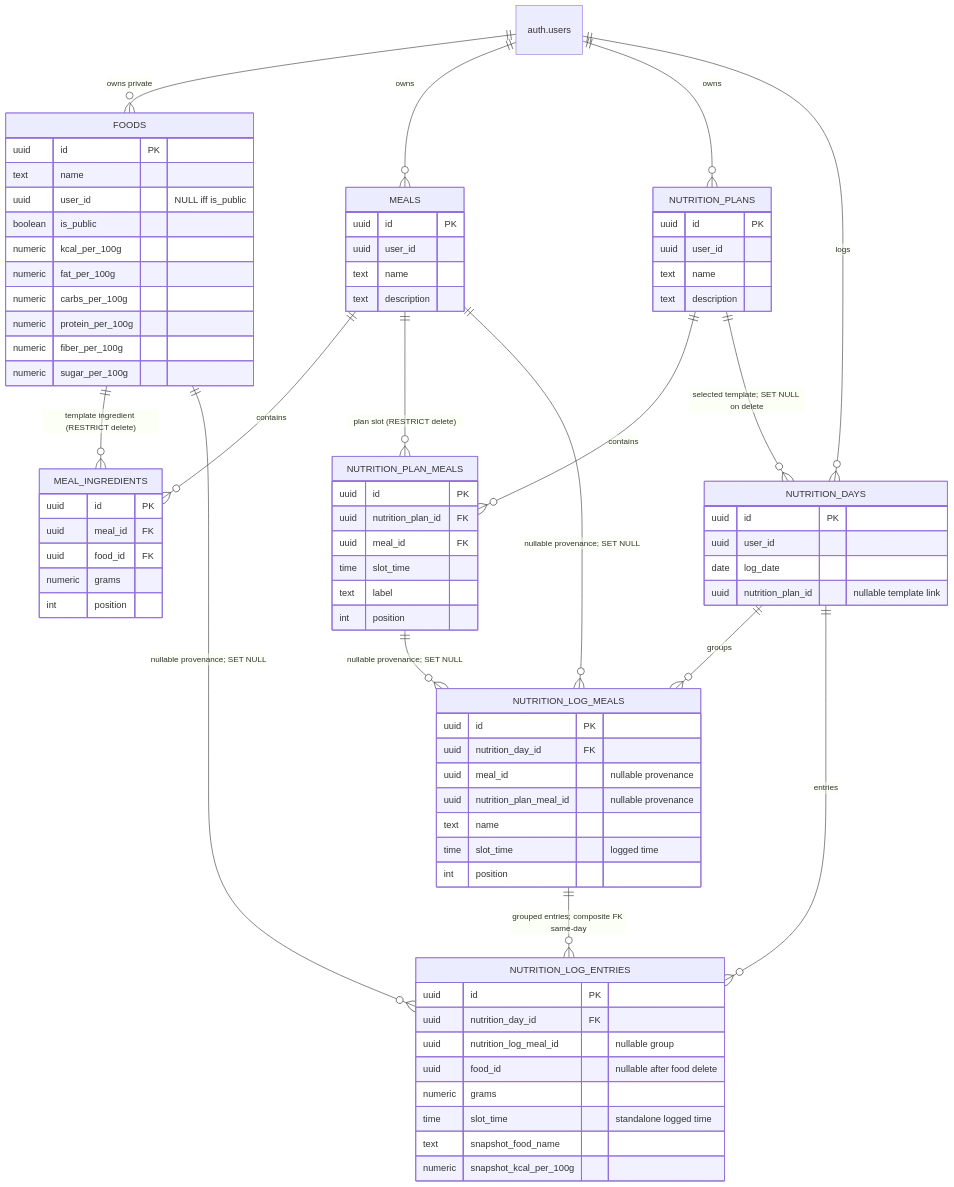
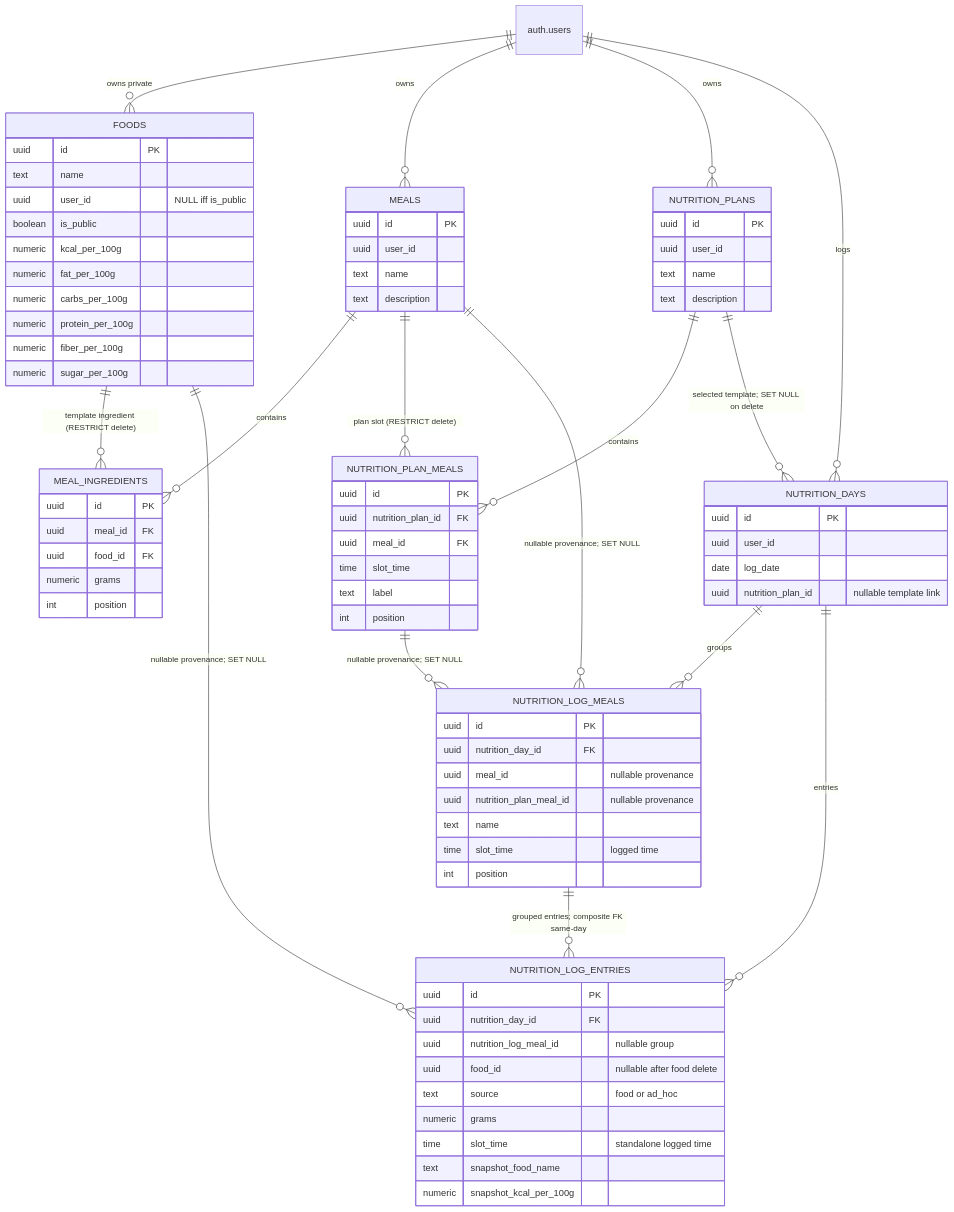
One commit to dbarrosop/neogym changed the fourth of 4 diagrams in docs/developers/database.md. Above: the diagram before and after it, drawn with Mermaid. The commit also changed other lines of this file and 10 other files, not shown here.

Commit message:
feat(nutrition): add ad-hoc log entry backend contract

````diff
--- a/docs/developers/database.md
+++ b/docs/developers/database.md
@@ -168,41 +170,41 @@
 ```mermaid
 erDiagram
     USERS["auth.users"]
 
     FOODS {
         uuid id PK
         text name
         uuid user_id "NULL iff is_public"
         boolean is_public
         numeric kcal_per_100g
         numeric fat_per_100g
         numeric carbs_per_100g
         numeric protein_per_100g
         numeric fiber_per_100g
         numeric sugar_per_100g
     }
 
     MEALS { uuid id PK uuid user_id text name text description }
     MEAL_INGREDIENTS { uuid id PK uuid meal_id FK uuid food_id FK numeric grams int position }
     NUTRITION_PLANS { uuid id PK uuid user_id text name text description }
     NUTRITION_PLAN_MEALS { uuid id PK uuid nutrition_plan_id FK uuid meal_id FK time slot_time text label int position }
     NUTRITION_DAYS { uuid id PK uuid user_id date log_date uuid nutrition_plan_id "nullable template link" }
     NUTRITION_LOG_MEALS { uuid id PK uuid nutrition_day_id FK uuid meal_id "nullable provenance" uuid nutrition_plan_meal_id "nullable provenance" text name time slot_time "logged time" int position }
-    NUTRITION_LOG_ENTRIES { uuid id PK uuid nutrition_day_id FK uuid nutrition_log_meal_id "nullable group" uuid food_id "nullable after food delete" numeric grams time slot_time "standalone logged time" text snapshot_food_name numeric snapshot_kcal_per_100g }
+    NUTRITION_LOG_ENTRIES { uuid id PK uuid nutrition_day_id FK uuid nutrition_log_meal_id "nullable group" uuid food_id "nullable after food delete" text source "food or ad_hoc" numeric grams time slot_time "standalone logged time" text snapshot_food_name numeric snapshot_kcal_per_100g }
 
     USERS ||--o{ FOODS : "owns private"
     USERS ||--o{ MEALS : owns
     USERS ||--o{ NUTRITION_PLANS : owns
     USERS ||--o{ NUTRITION_DAYS : logs
     FOODS ||--o{ MEAL_INGREDIENTS : "template ingredient (RESTRICT delete)"
     MEALS ||--o{ MEAL_INGREDIENTS : contains
     MEALS ||--o{ NUTRITION_PLAN_MEALS : "plan slot (RESTRICT delete)"
     NUTRITION_PLANS ||--o{ NUTRITION_PLAN_MEALS : contains
     NUTRITION_PLANS ||--o{ NUTRITION_DAYS : "selected template; SET NULL on delete"
     NUTRITION_DAYS ||--o{ NUTRITION_LOG_MEALS : groups
     NUTRITION_DAYS ||--o{ NUTRITION_LOG_ENTRIES : entries
     NUTRITION_LOG_MEALS ||--o{ NUTRITION_LOG_ENTRIES : "grouped entries; composite FK same-day"
     MEALS ||--o{ NUTRITION_LOG_MEALS : "nullable provenance; SET NULL"
     NUTRITION_PLAN_MEALS ||--o{ NUTRITION_LOG_MEALS : "nullable provenance; SET NULL"
     FOODS ||--o{ NUTRITION_LOG_ENTRIES : "nullable provenance; SET NULL"
 ```
````
